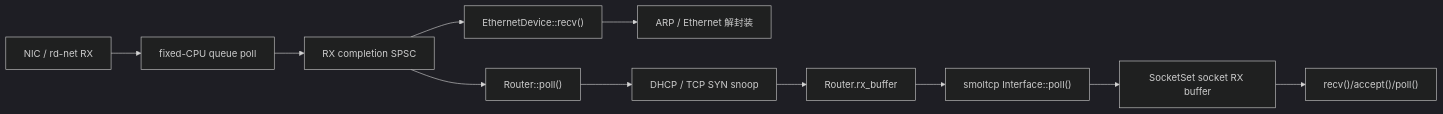
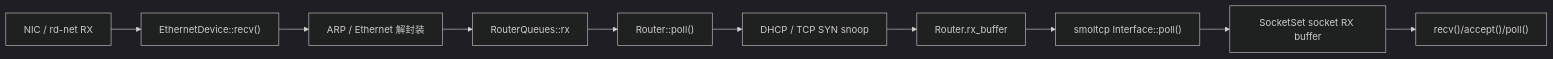
Before and after one commit to Dirinkbottle/tgoskits: the fourth of 5 diagrams in docs/docs/architecture/net/architecture.md, drawn with Mermaid (dark theme). The commit also changed other lines of this file and 3840 other files, not shown here.

````diff
--- a/docs/docs/architecture/net/architecture.md
+++ b/docs/docs/architecture/net/architecture.md
@@ -233,13 +304,12 @@
 ```mermaid
 flowchart LR
-    Hw["NIC / rd-net RX"] --> Queue["fixed-CPU queue poll"]
-    Queue --> RxQ["RX completion SPSC"]
-    RxQ --> Eth["EthernetDevice::recv()"]
+    Hw["NIC / rd-net RX"] --> Eth["EthernetDevice::recv()"]
     Eth --> Arp["ARP / Ethernet 解封装"]
+    Arp --> RxQ["RouterQueues::rx"]
     RxQ --> RouterPoll["Router::poll()"]
     RouterPoll --> Snoop["DHCP / TCP SYN snoop"]
     Snoop --> RxBuf["Router.rx_buffer"]
     RxBuf --> Smol["smoltcp Interface::poll()"]
     Smol --> Sock["SocketSet socket RX buffer"]
     Sock --> App["recv()/accept()/poll()"]
 ```
````
